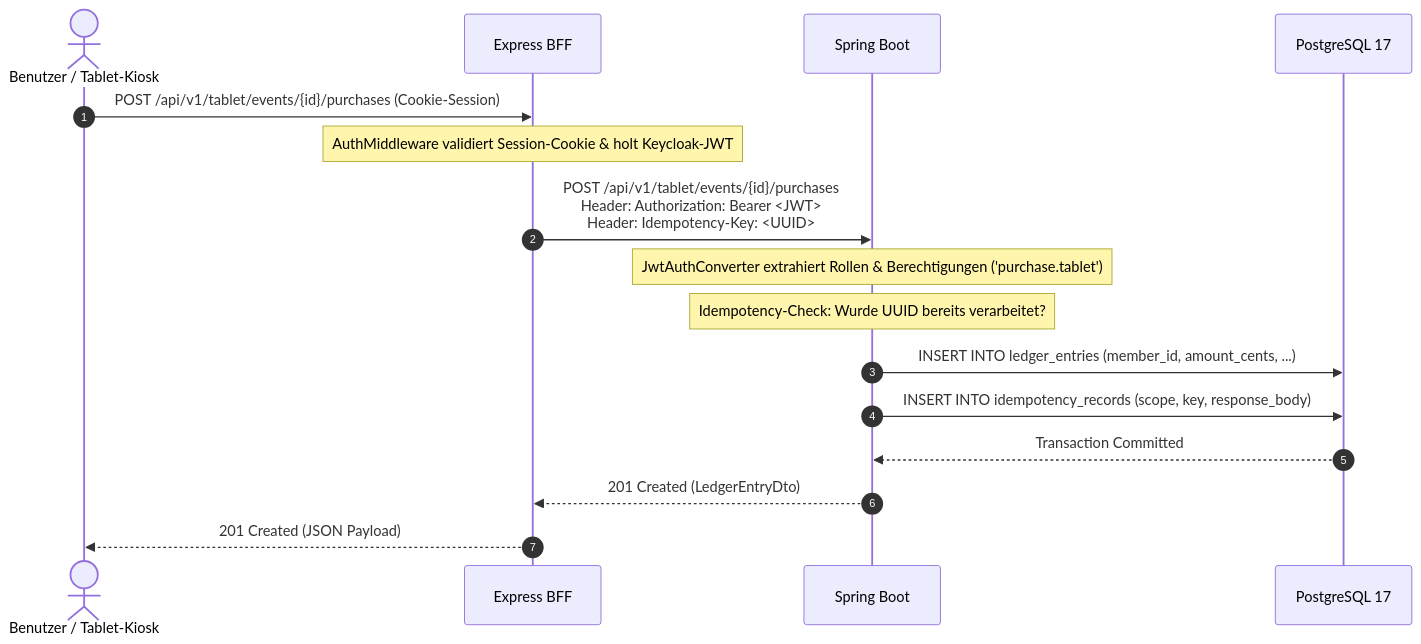
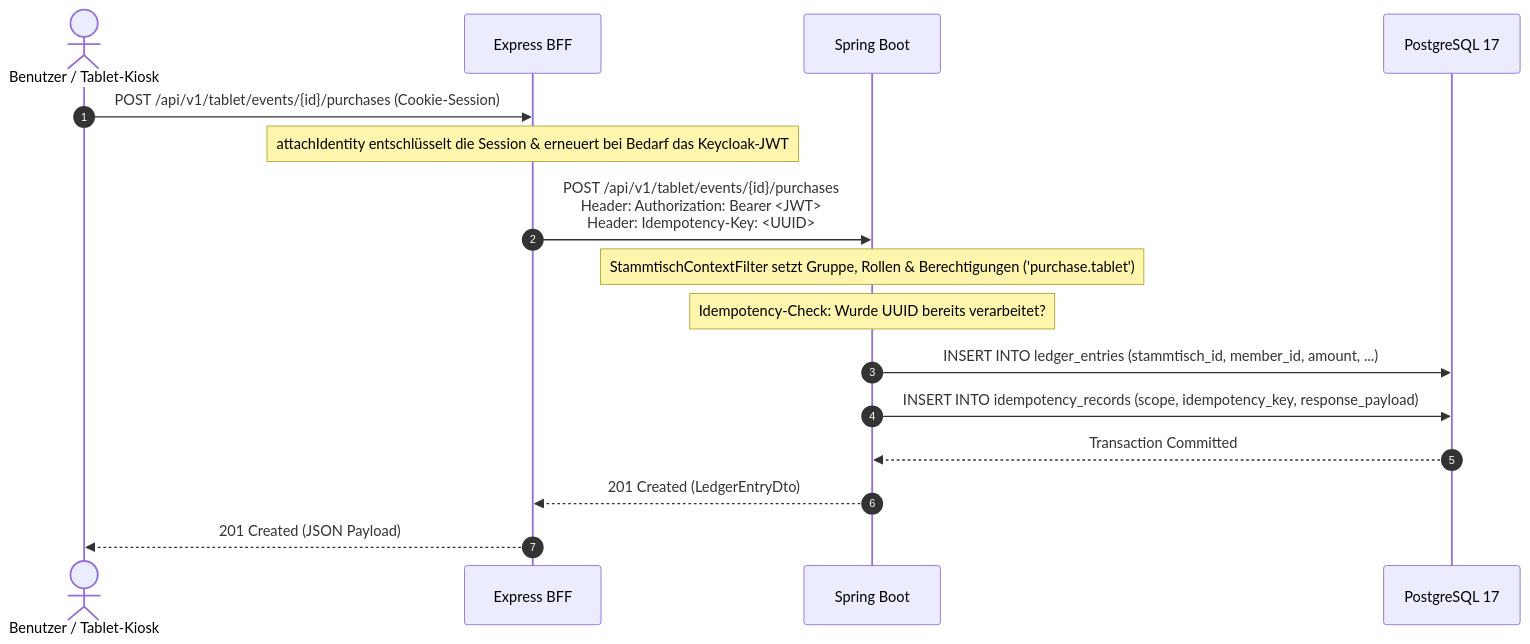
One commit to damaurer/vereint changed the second of 2 diagrams in docs/architecture/system-overview.md. Above: the diagram before and after it, drawn with Mermaid. The commit also changed other lines of this file and 90 other files, not shown here.

````diff
--- a/docs/architecture/system-overview.md
+++ b/docs/architecture/system-overview.md
@@ -98,19 +101,19 @@
 ```mermaid
 sequenceDiagram
     autonumber
     actor User as Benutzer / Tablet-Kiosk
     participant BFF as Express BFF
     participant Spring as Spring Boot
     participant DB as PostgreSQL 17
 
     User->>BFF: POST /api/v1/tablet/events/{id}/purchases (Cookie-Session)
-    Note over BFF: AuthMiddleware validiert Session-Cookie & holt Keycloak-JWT
+    Note over BFF: attachIdentity entschlüsselt die Session & erneuert bei Bedarf das Keycloak-JWT
     BFF->>Spring: POST /api/v1/tablet/events/{id}/purchases<br/>Header: Authorization: Bearer <JWT><br/>Header: Idempotency-Key: <UUID>
-    Note over Spring: JwtAuthConverter extrahiert Rollen & Berechtigungen ('purchase.tablet')
+    Note over Spring: StammtischContextFilter setzt Gruppe, Rollen & Berechtigungen ('purchase.tablet')
     Note over Spring: Idempotency-Check: Wurde UUID bereits verarbeitet?
-    Spring->>DB: INSERT INTO ledger_entries (member_id, amount_cents, ...)
-    Spring->>DB: INSERT INTO idempotency_records (scope, key, response_body)
+    Spring->>DB: INSERT INTO ledger_entries (stammtisch_id, member_id, amount, ...)
+    Spring->>DB: INSERT INTO idempotency_records (scope, idempotency_key, response_payload)
     DB-->>Spring: Transaction Committed
     Spring-->>BFF: 201 Created (LedgerEntryDto)
     BFF-->>User: 201 Created (JSON Payload)
 ```
````
